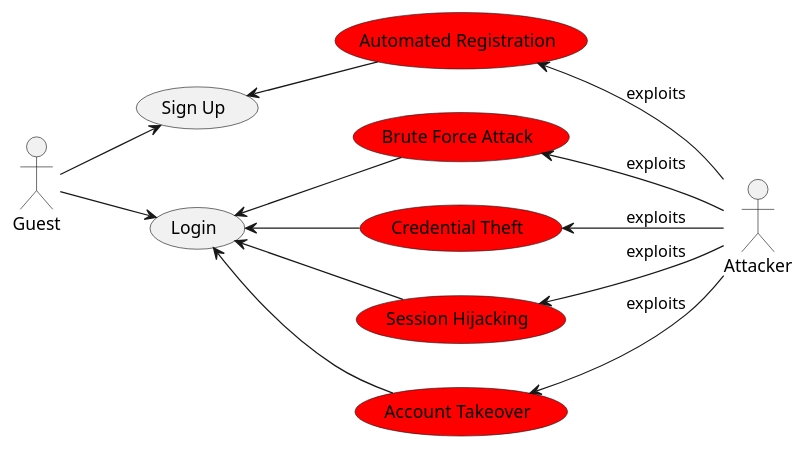
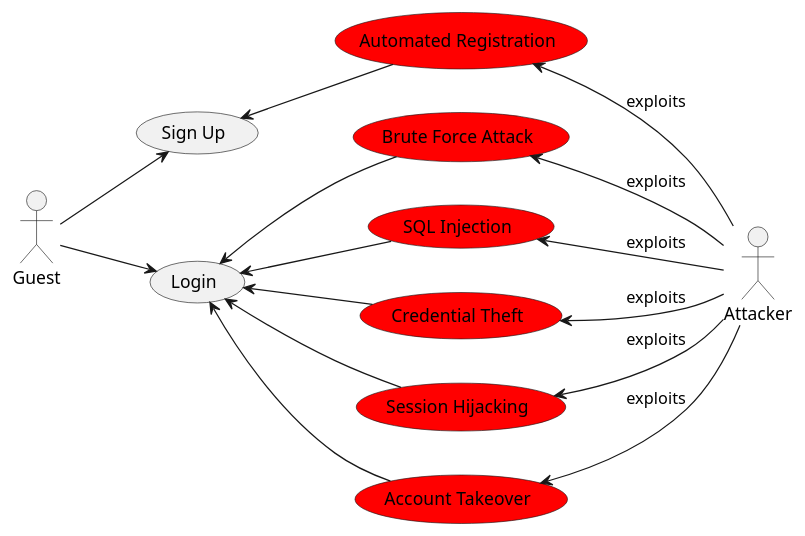
Before and after one commit to mei-desofs/desofs2024_M1D_2: the diagram in docs/AbuseCasesTestPlanning/AbuseCase.puml, drawn with PlantUML. The commit also changed 5 other files, not shown here.

```diff
--- a/docs/AbuseCasesTestPlanning/AbuseCase.puml
+++ b/docs/AbuseCasesTestPlanning/AbuseCase.puml
@@ -1,36 +1,39 @@
 @startuml UseCaseDiagram
 
 left to right direction
 
 actor Guest
 
 actor Attacker
 
 usecase (Sign Up)
 usecase (Login)
 
 usecase (Brute Force Attack)#Red
+usecase (SQL Injection)#Red
 usecase (Automated Registration) #Red
 usecase (Credential Theft) #Red
 usecase (Session Hijacking) #Red
 usecase (Account Takeover) #Red
 
 
 (Automated Registration)<-- Attacker:exploits
 (Brute Force Attack)<-- Attacker:exploits
 (Credential Theft)<-- Attacker:exploits
 (Session Hijacking)<-- Attacker:exploits
 (Account Takeover)<-- Attacker:exploits
+(SQL Injection)<-- Attacker:exploits
 
 (Sign Up) <-- (Automated Registration)
 (Login) <-- (Brute Force Attack)
 (Login) <-- (Credential Theft)
 (Login) <-- (Session Hijacking)
 (Login) <-- (Account Takeover)
+(Login)<-- (SQL Injection)
 
 Guest --> (Sign Up)
 Guest --> (Login)
 
 
 
 @enduml
```
